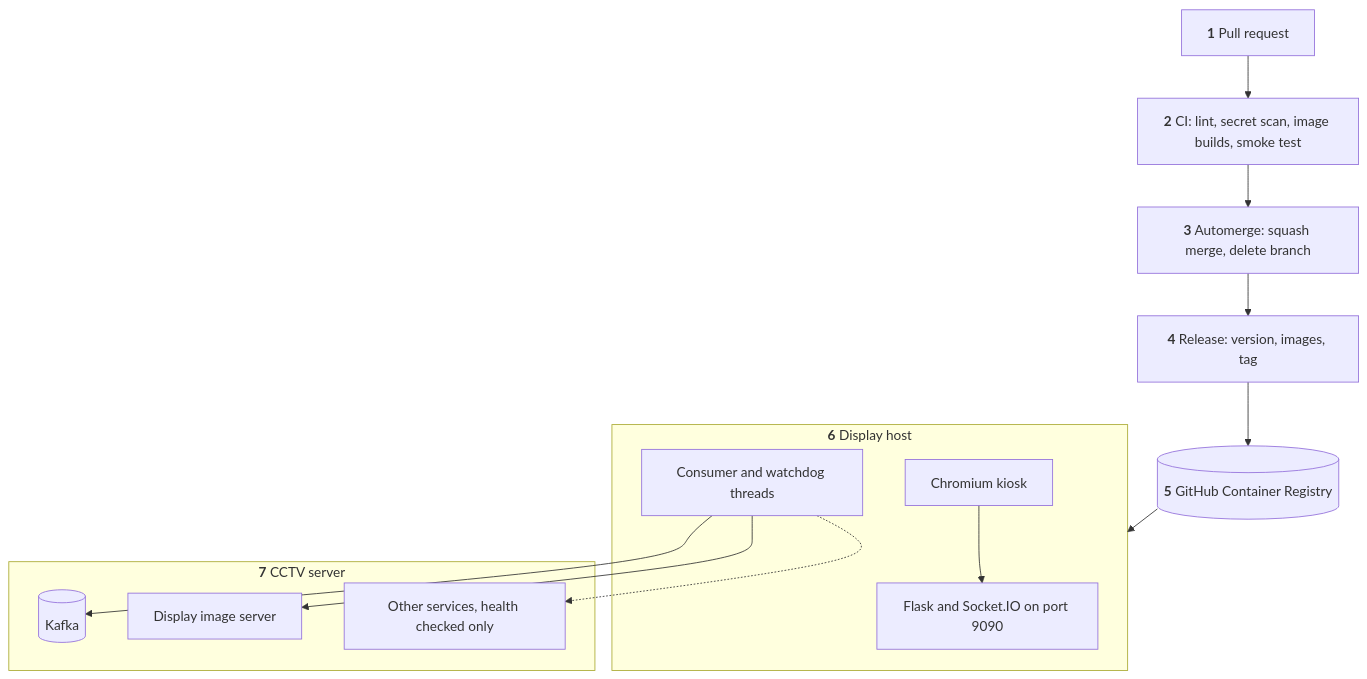
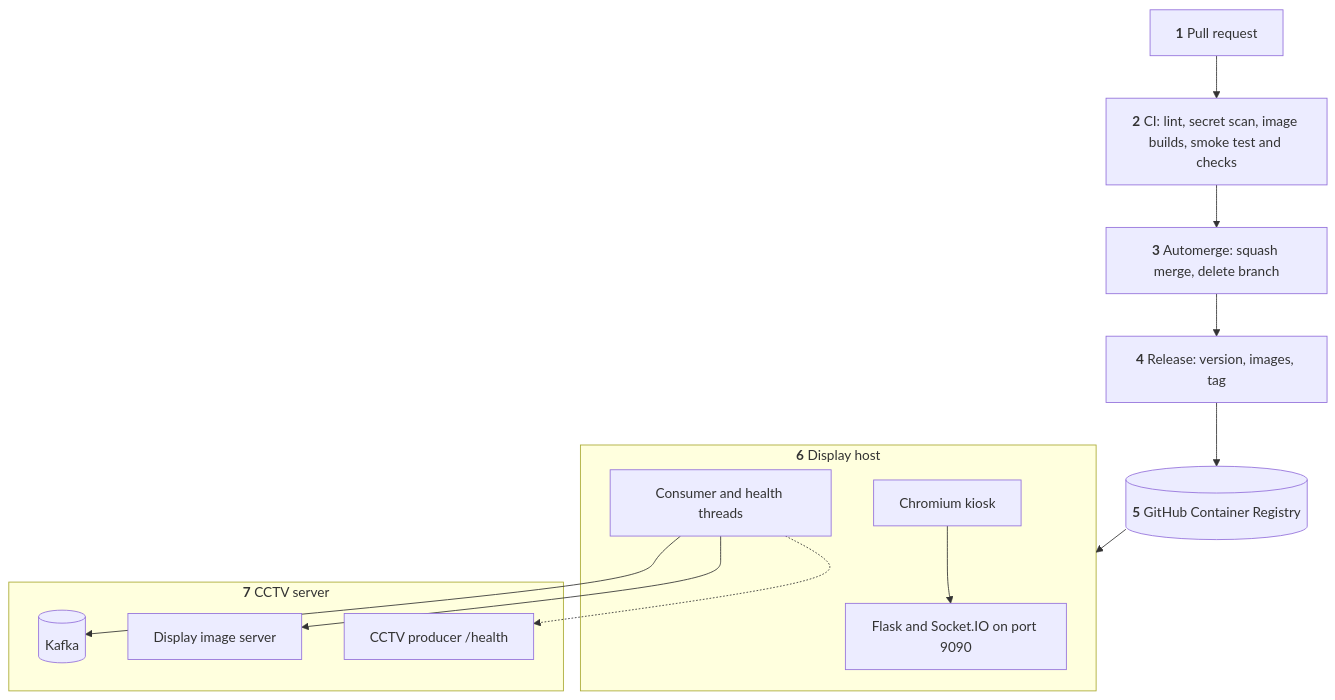
Before and after one commit to hamza-aziz-ai/Kafka-WebApp: the second of 2 diagrams in README.md, drawn with Mermaid. The commit also changed other lines of this file, not shown here.

````diff
--- a/README.md
+++ b/README.md
@@ -70,24 +117,24 @@
 ```mermaid
 flowchart TD
     A["`**1** Pull request`"]
-    B["`**2** CI: lint, secret scan, image builds, smoke test`"]
+    B["`**2** CI: lint, secret scan, image builds, smoke test and checks`"]
     C["`**3** Automerge: squash merge, delete branch`"]
     D["`**4** Release: version, images, tag`"]
     E[("`**5** GitHub Container Registry`")]
     subgraph host["`**6** Display host`"]
         F["`Flask and Socket.IO on port 9090`"]
-        G["`Consumer and watchdog threads`"]
+        G["`Consumer and health threads`"]
         H["`Chromium kiosk`"]
     end
     subgraph server["`**7** CCTV server`"]
         I[("`Kafka`")]
         J["`Display image server`"]
-        K["`Other services, health checked only`"]
+        K["`CCTV producer /health`"]
     end
 
     A --> B --> C --> D --> E --> host
     H --> F
     G --> I
     G --> J
     G -.-> K
 ```
````
